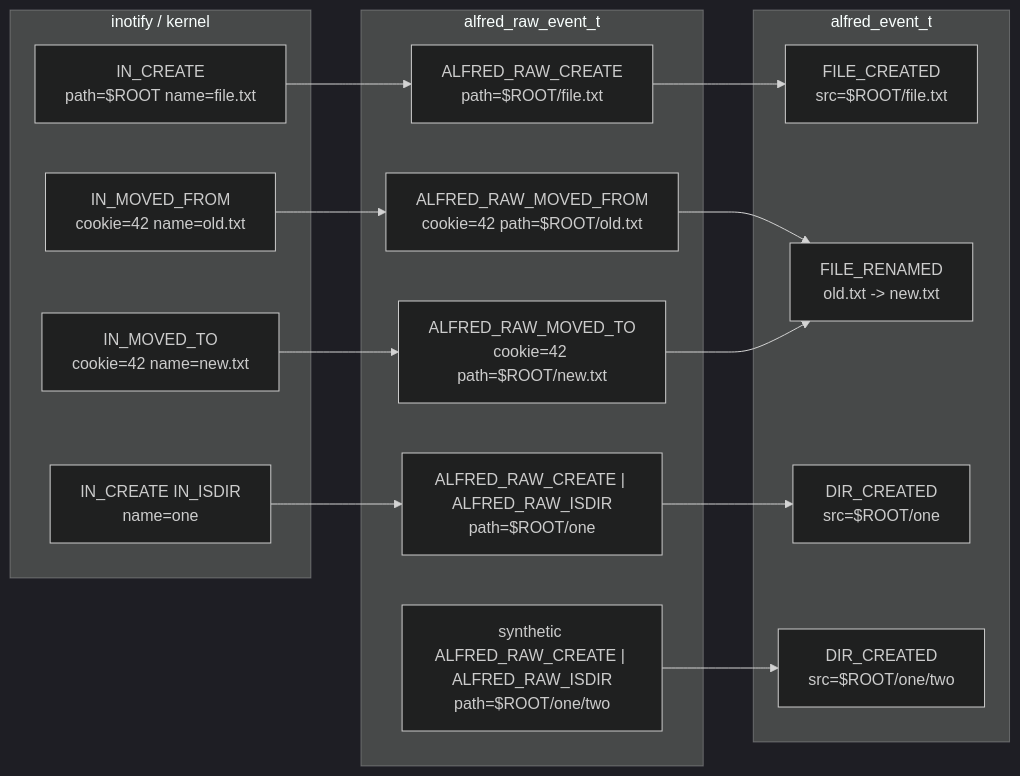
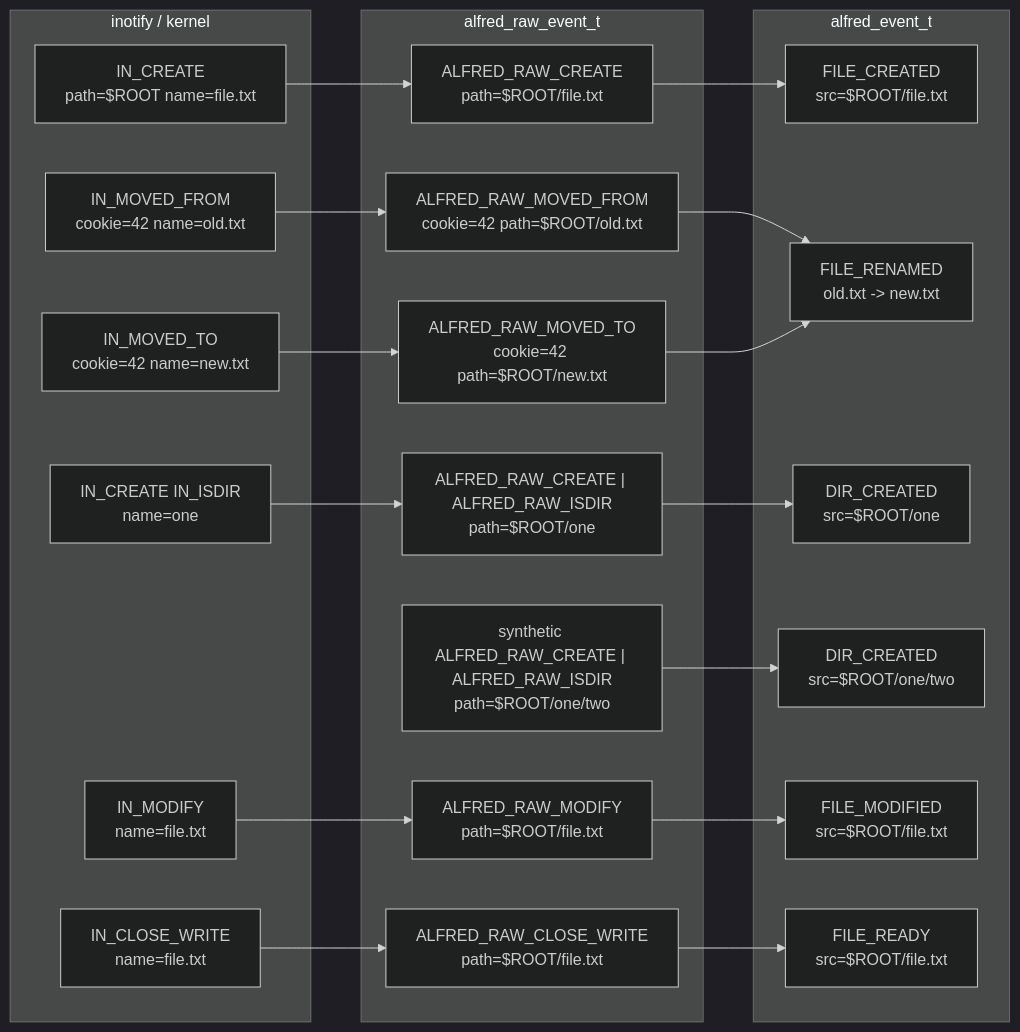
One commit to kinderp/alfred changed the third of 3 diagrams in docs/it/02-architettura-generale.md. Above: the diagram before and after it, drawn with Mermaid (dark theme). The commit also changed other lines of this file and 5 other files, not shown here.

````diff
--- a/docs/it/02-architettura-generale.md
+++ b/docs/it/02-architettura-generale.md
@@ -153,32 +153,40 @@
 ```mermaid
 flowchart LR
     subgraph Kernel[inotify / kernel]
         A1["IN_CREATE<br/>path=$ROOT name=file.txt"]
         A2["IN_MOVED_FROM<br/>cookie=42 name=old.txt"]
         A3["IN_MOVED_TO<br/>cookie=42 name=new.txt"]
         A4["IN_CREATE IN_ISDIR<br/>name=one"]
+        A5["IN_MODIFY<br/>name=file.txt"]
+        A6["IN_CLOSE_WRITE<br/>name=file.txt"]
     end
 
     subgraph Raw[alfred_raw_event_t]
         B1["ALFRED_RAW_CREATE<br/>path=$ROOT/file.txt"]
         B2["ALFRED_RAW_MOVED_FROM<br/>cookie=42 path=$ROOT/old.txt"]
         B3["ALFRED_RAW_MOVED_TO<br/>cookie=42 path=$ROOT/new.txt"]
         B4["ALFRED_RAW_CREATE | ALFRED_RAW_ISDIR<br/>path=$ROOT/one"]
         B5["synthetic ALFRED_RAW_CREATE | ALFRED_RAW_ISDIR<br/>path=$ROOT/one/two"]
+        B6["ALFRED_RAW_MODIFY<br/>path=$ROOT/file.txt"]
+        B7["ALFRED_RAW_CLOSE_WRITE<br/>path=$ROOT/file.txt"]
     end
 
     subgraph Semantic[alfred_event_t]
         C1["FILE_CREATED<br/>src=$ROOT/file.txt"]
         C2["FILE_RENAMED<br/>old.txt -> new.txt"]
         C3["DIR_CREATED<br/>src=$ROOT/one"]
         C4["DIR_CREATED<br/>src=$ROOT/one/two"]
+        C5["FILE_MODIFIED<br/>src=$ROOT/file.txt"]
+        C6["FILE_READY<br/>src=$ROOT/file.txt"]
     end
 
     A1 --> B1 --> C1
     A2 --> B2
     A3 --> B3
     B2 --> C2
     B3 --> C2
     A4 --> B4 --> C3
     B5 --> C4
+    A5 --> B6 --> C5
+    A6 --> B7 --> C6
 ```
````
